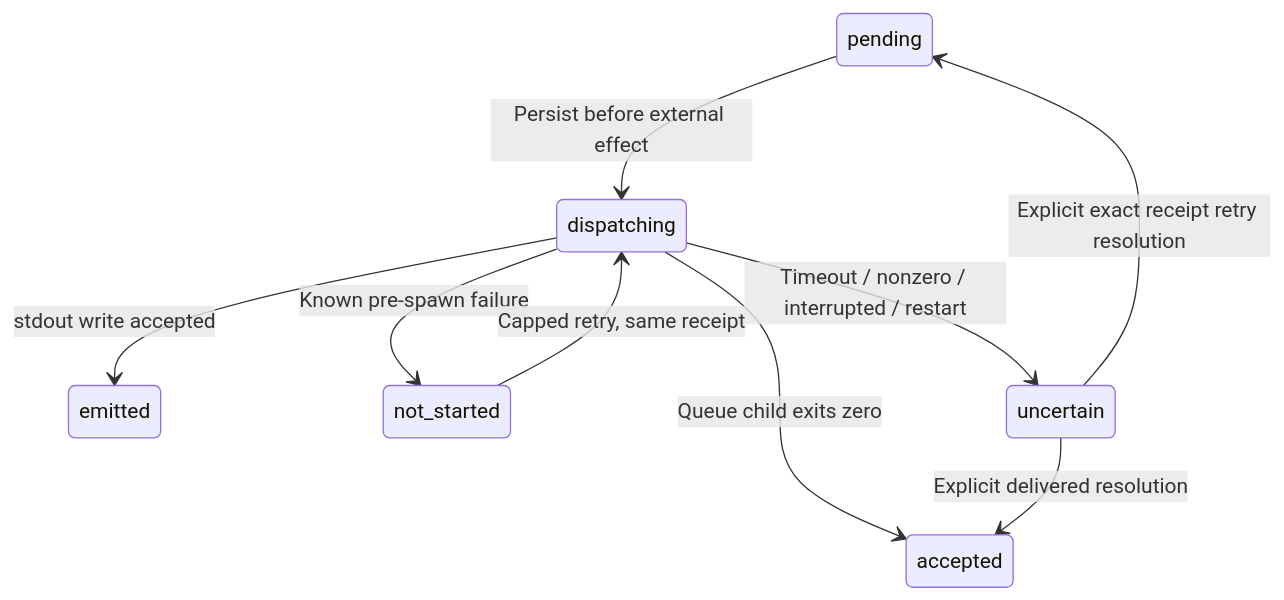
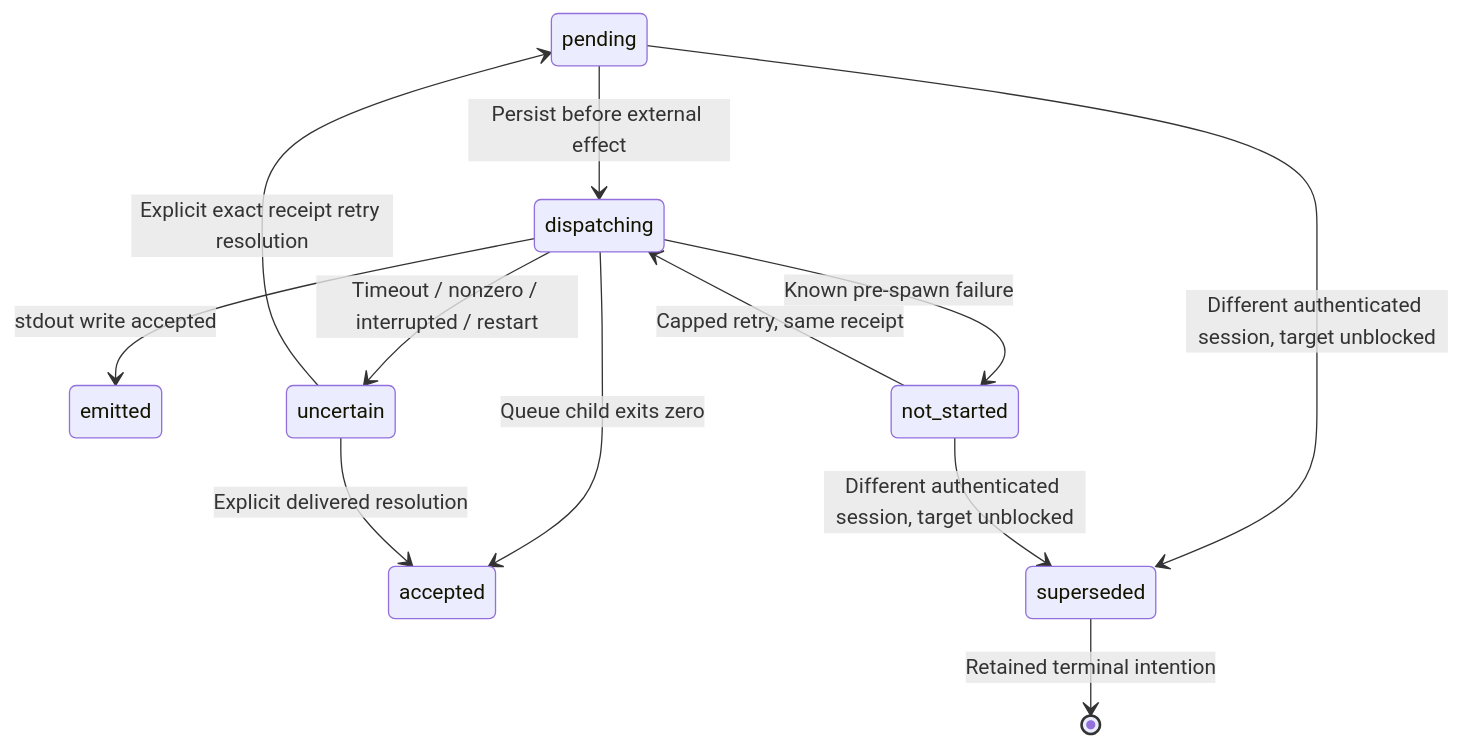
One commit to 49-Agents/agent-dms changed the fourth of 4 diagrams in docs/ARCHITECTURE.md. Above: the diagram before and after it, drawn with Mermaid. The commit also changed other lines of this file and 15 other files, not shown here.

````diff
--- a/docs/ARCHITECTURE.md
+++ b/docs/ARCHITECTURE.md
@@ -65,11 +65,14 @@
 ```mermaid
 stateDiagram-v2
   pending --> dispatching: Persist before external effect
   dispatching --> emitted: stdout write accepted
   dispatching --> accepted: Queue child exits zero
   dispatching --> not_started: Known pre-spawn failure
   dispatching --> uncertain: Timeout / nonzero / interrupted / restart
   not_started --> dispatching: Capped retry, same receipt
   uncertain --> pending: Explicit exact receipt retry resolution
   uncertain --> accepted: Explicit delivered resolution
+  pending --> superseded: Different authenticated session, target unblocked
+  not_started --> superseded: Different authenticated session, target unblocked
+  superseded --> [*]: Retained terminal intention
 ```
````
